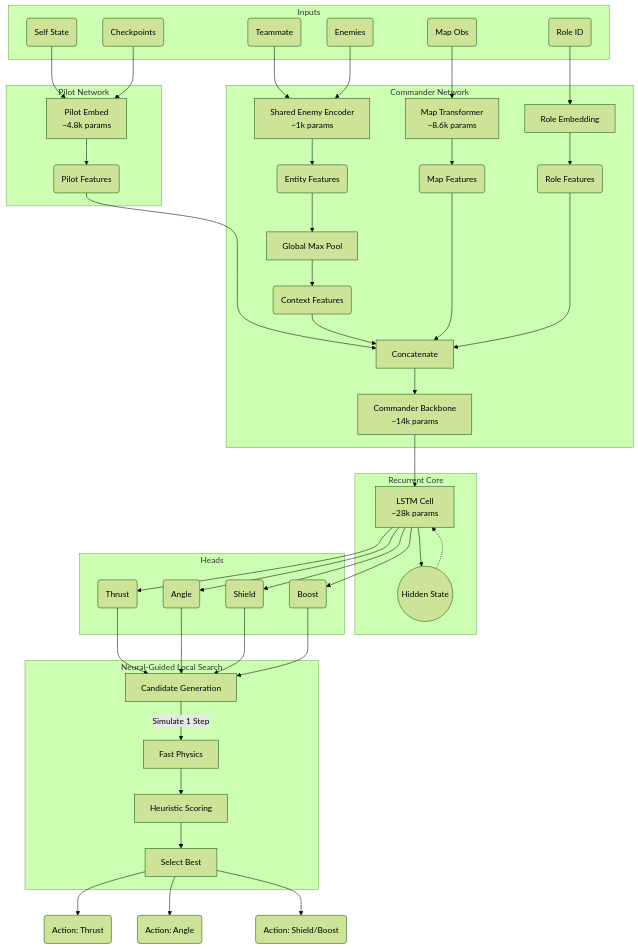
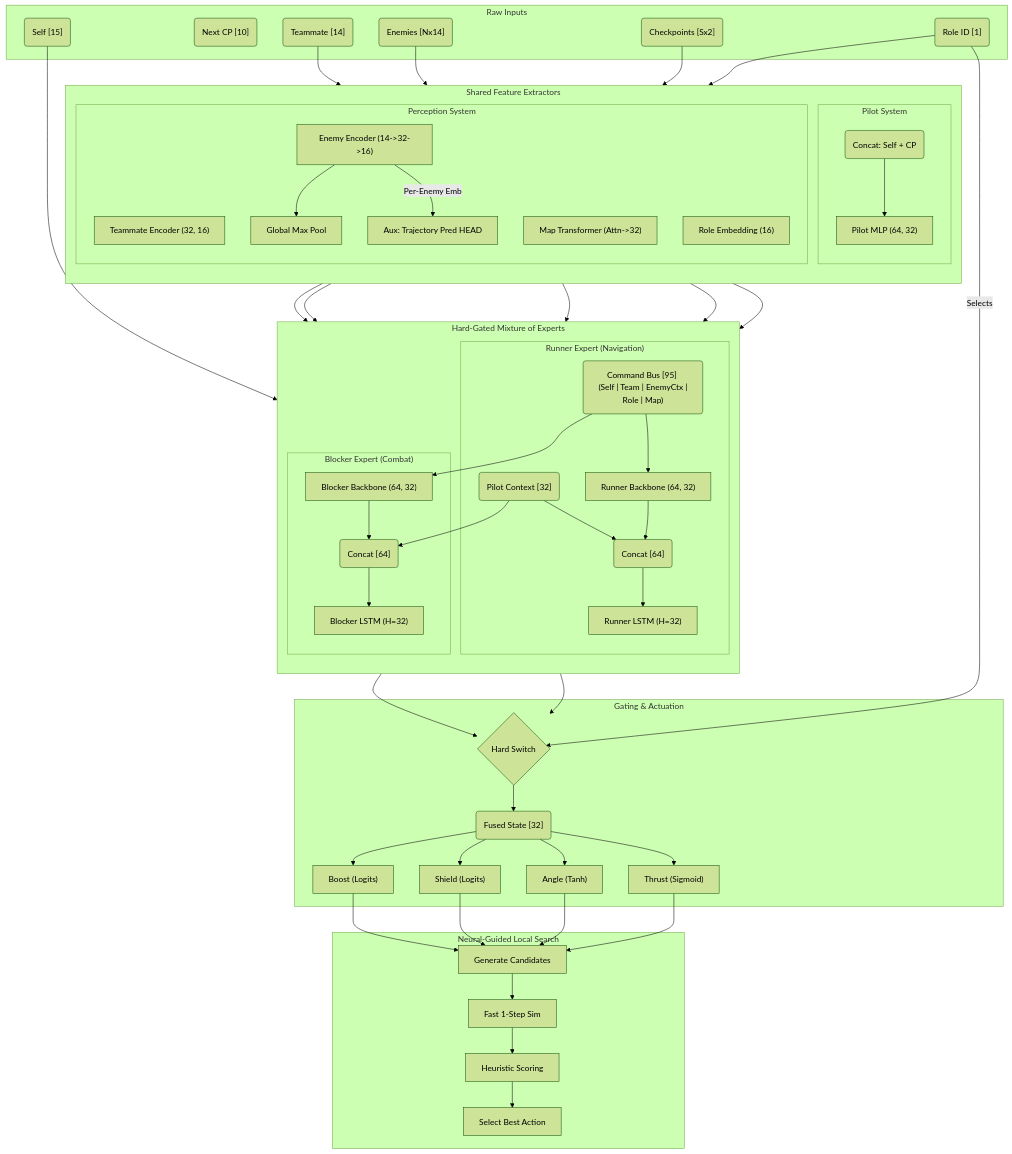
One commit to Vietnoirien/Sebulba-s-Legacy changed the diagram in docs/submission.md. Above: the diagram before and after it, drawn with Mermaid (forest theme). The commit also changed other lines of this file, not shown here.

Commit message:
docs: detail Gen 2 MoE architecture graph in submission

````diff
--- a/docs/submission.md
+++ b/docs/submission.md
@@ -47,56 +49,85 @@
 ```mermaid
 graph TD
-    subgraph Inputs
-    S(Self State)
-    CP(Checkpoints)
-    TM(Teammate)
-    EN(Enemies)
-    Map(Map Obs)
-    R(Role ID)
+    %% --- Inputs ---
+    subgraph Inputs ["Raw Inputs"]
+        S("Self [15]")
+        CP("Next CP [10]")
+        TM("Teammate [14]")
+        EN("Enemies [Nx14]")
+        Map("Checkpoints [Sx2]")
+        R("Role ID [1]")
     end
 
-    subgraph "Pilot Network"
-    S & CP --> PE[Pilot Embed<br/>~4.8k params]
-    PE --> P_Feat(Pilot Features)
+    %% --- Shared Encoders ---
+    subgraph Shared_Encoders ["Shared Feature Extractors"]
+        direction TB
+        
+        %% Pilot Stream
+        subgraph Pilot_System ["Pilot System"]
+            P_In(Concat: Self + CP) --> P_Net["Pilot MLP (64, 32)"]
+        end
+
+        %% Perception System
+        subgraph Perception ["Perception System"]
+            TM --> TM_Enc["Teammate Encoder (32, 16)"]
+            
+            %% DeepSets
+            EN --> EN_Enc["Enemy Encoder (14->32->16)"]
+            EN_Enc --> EN_Pool["Global Max Pool"]
+            EN_Enc -- "Per-Enemy Emb" --> Pred["Aux: Trajectory Pred HEAD"]
+            
+            %% Map
+            Map --> Map_Tr["Map Transformer (Attn->32)"]
+            
+            %% Role
+            R --> R_Emb["Role Embedding (16)"]
+        end
     end
 
-    subgraph "Commander Network"
-    TM & EN --> EE[Shared Enemy Encoder<br/>~1k params]
-    EE --> E_Feat(Entity Features)
-    E_Feat --> GMP[Global Max Pool]
-    GMP --> C_Feat(Context Features)
-    
-    Map --> MT[Map Transformer<br/>~8.6k params]
-    MT --> M_Feat(Map Features)
-    
-    R --> RE[Role Embedding]
-    RE --> R_Feat(Role Features)
-    
-    P_Feat & C_Feat & M_Feat & R_Feat --> Concat[Concatenate]
-    Concat --> CB[Commander Backbone<br/>~14k params]
+    %% --- MoE Core ---
+    subgraph MoE_Core ["Hard-Gated Mixture of Experts"]
+        direction TB
+        
+        %% Command Bus
+        Bus("Command Bus [95] <br/> (Self | Team | EnemyCtx | Role | Map)")
+        P_Net --> Pilot_Ctx("Pilot Context [32]")
+        
+        S & TM_Enc & EN_Pool & R_Emb & Map_Tr --> Bus
+        
+        %% Expert 1: Runner
+        subgraph Runner_Exp ["Runner Expert (Navigation)"]
+            Bus --> Run_BB["Runner Backbone (64, 32)"]
+            Pilot_Ctx & Run_BB --> Run_In("Concat [64]")
+            Run_In --> Run_LSTM["Runner LSTM (H=32)"]
+        end
+        
+        %% Expert 2: Blocker
+        subgraph Blocker_Exp ["Blocker Expert (Combat)"]
+            Bus --> Blk_BB["Blocker Backbone (64, 32)"]
+            Pilot_Ctx & Blk_BB --> Blk_In("Concat [64]")
+            Blk_In --> Blk_LSTM["Blocker LSTM (H=32)"]
+        end
     end
 
-    subgraph "Recurrent Core"
-    CB --> LSTM[LSTM Cell<br/>~28k params]
-    LSTM --> H((Hidden State))
-    H -.-> LSTM
+    %% --- Gating & Heads ---
+    subgraph Output_Stage ["Gating & Actuation"]
+        R -- "Selects" --> Gate{"Hard Switch"}
+        Run_LSTM --> Gate
+        Blk_LSTM --> Gate
+        
+        Gate --> Fused("Fused State [32]")
+        
+        Fused --> H_Th["Thrust (Sigmoid)"]
+        Fused --> H_Ang["Angle (Tanh)"]
+        Fused --> H_Sh["Shield (Logits)"]
+        Fused --> H_Bo["Boost (Logits)"]
     end
-
-    subgraph Heads
-    LSTM --> H_Th(Thrust)
-    LSTM --> H_Ang(Angle)
-    LSTM --> H_Sh(Shield)
-    LSTM --> H_Bo(Boost)
+    
+    %% --- Neural-Guided Search ---
+    subgraph NGS ["Neural-Guided Local Search"]
+        H_Th & H_Ang & H_Sh & H_Bo --> Candidates[Generate Candidates]
+        Candidates --> Sim[Fast 1-Step Sim]
+        Sim --> Score[Heuristic Scoring]
+        Score --> Best[Select Best Action]
     end
-
-    subgraph "Neural-Guided Local Search"
-    H_Th & H_Ang & H_Sh & H_Bo --> Gen[Candidate Generation]
-    Gen --> |Simulate 1 Step| Sim[Fast Physics]
-    Sim --> Score[Heuristic Scoring]
-    Score --> Select[Select Best]
-    end
-
-    Select --> Out_Th(Action: Thrust)
-    Select --> Out_Ang(Action: Angle)
-    Select --> Out_Misc(Action: Shield/Boost)
 ```
````
